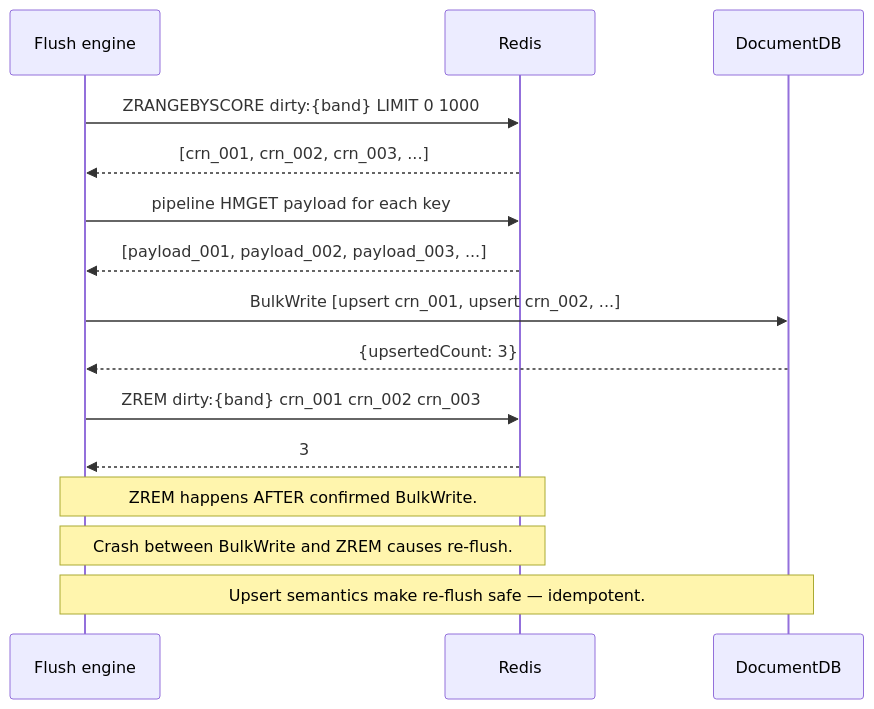
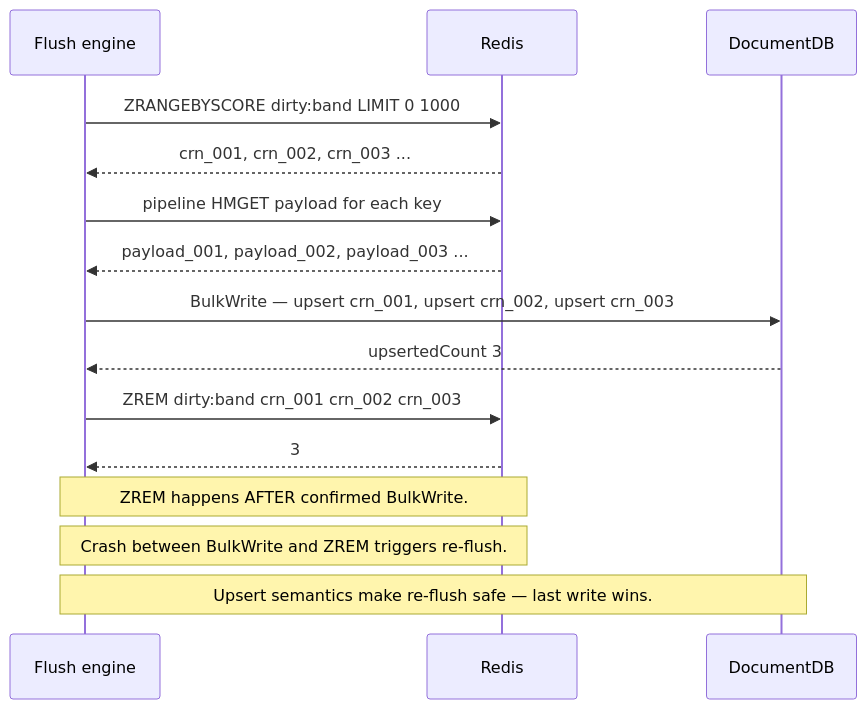
The sixth of 8 diagrams in README.md (hussainpithawala/sluice-go), drawn with Mermaid before and after one commit. The commit also changed other lines of this file, not shown here.

````diff
--- a/README.md
+++ b/README.md
@@ -182,22 +176,22 @@
 ```mermaid
 sequenceDiagram
-    participant E  as Flush engine
-    participant R  as Redis
-    participant D  as DocumentDB
+    participant E as Flush engine
+    participant R as Redis
+    participant D as DocumentDB
 
-    E  ->> R  : ZRANGEBYSCORE dirty:{band} LIMIT 0 1000
-    R  -->> E : [crn_001, crn_002, crn_003, ...]
+    E->>R: ZRANGEBYSCORE dirty:band LIMIT 0 1000
+    R-->>E: crn_001, crn_002, crn_003 ...
 
-    E  ->> R  : pipeline HMGET payload for each key
-    R  -->> E : [payload_001, payload_002, payload_003, ...]
+    E->>R: pipeline HMGET payload for each key
+    R-->>E: payload_001, payload_002, payload_003 ...
 
-    E  ->> D  : BulkWrite [upsert crn_001, upsert crn_002, ...]
-    D  -->> E : {upsertedCount: 3}
+    E->>D: BulkWrite — upsert crn_001, upsert crn_002, upsert crn_003
+    D-->>E: upsertedCount 3
 
-    E  ->> R  : ZREM dirty:{band} crn_001 crn_002 crn_003
-    R  -->> E : 3
+    E->>R: ZREM dirty:band crn_001 crn_002 crn_003
+    R-->>E: 3
 
     Note over E,R: ZREM happens AFTER confirmed BulkWrite.
-    Note over E,R: Crash between BulkWrite and ZREM causes re-flush.
-    Note over E,D: Upsert semantics make re-flush safe — idempotent.
+    Note over E,R: Crash between BulkWrite and ZREM triggers re-flush.
+    Note over E,D: Upsert semantics make re-flush safe — last write wins.
 ```
````
